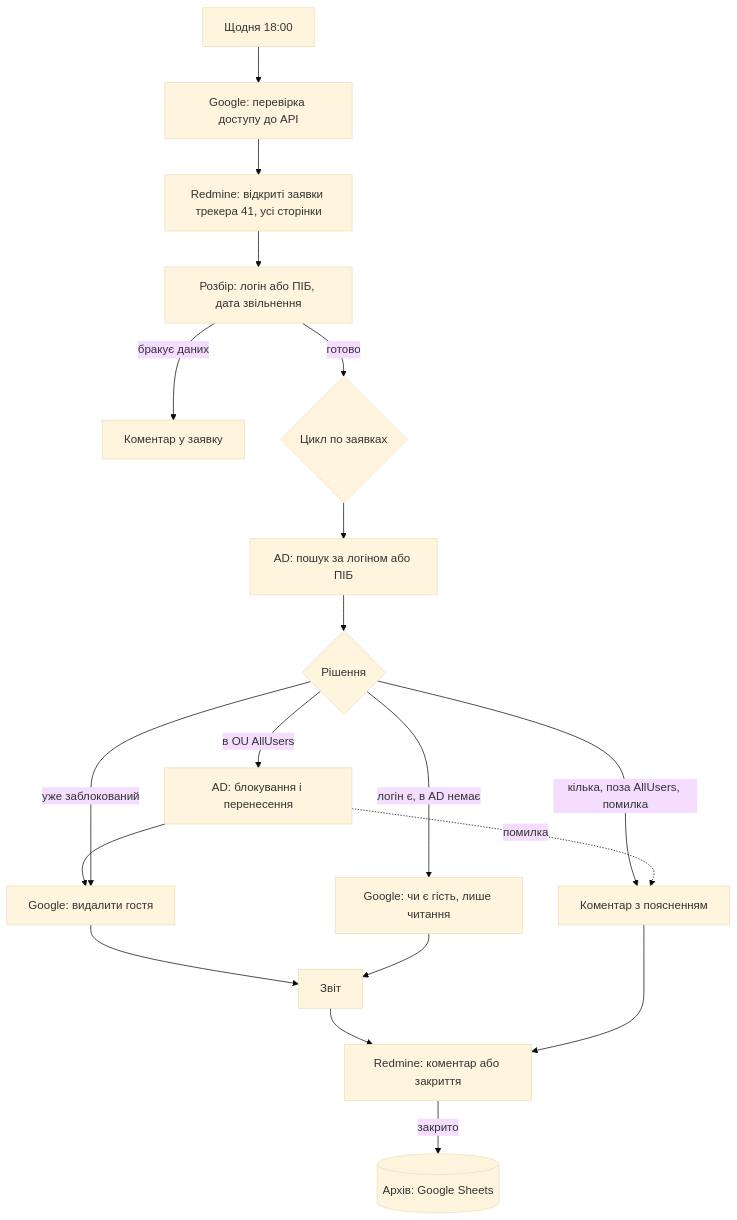
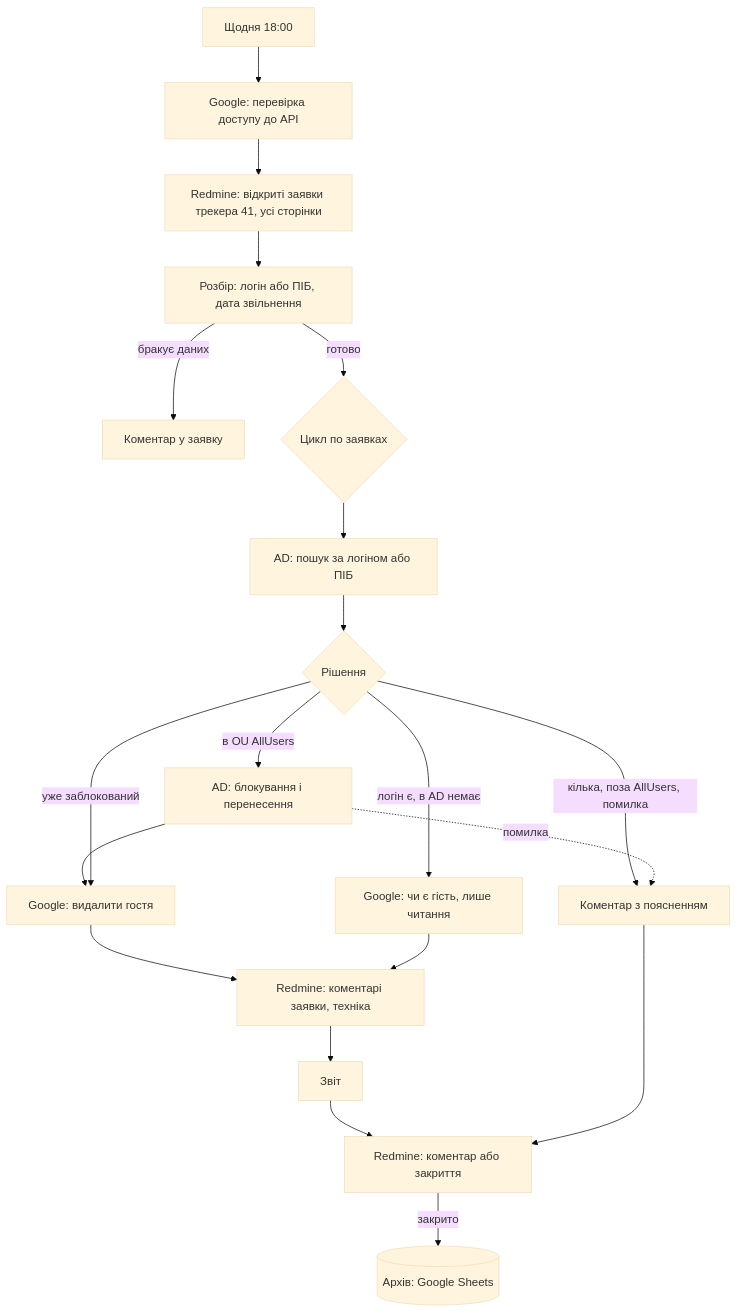
Before and after one commit to IlyaRumasov/staff-offboarding-automation: the first of 3 diagrams in README.md, drawn with Mermaid (base theme). The commit also changed other lines of this file and 28 other files, not shown here.

First line of the commit message:
Equipment check in GLPI as a separate hourly flow; offboarding reads the equipment comment

````diff
--- a/README.md
+++ b/README.md
@@ -77,20 +82,21 @@
 ```mermaid
 flowchart TD
   T[Щодня 18:00] --> HC[Google: перевірка доступу до API]
   HC --> R[Redmine: відкриті заявки трекера 41, усі сторінки]
   R --> P[Розбір: логін або ПІБ, дата звільнення]
   P -->|бракує даних| C0[Коментар у заявку]
   P -->|готово| L{Цикл по заявках}
   L --> S[AD: пошук за логіном або ПІБ]
   S --> D{Рішення}
   D -->|в OU AllUsers| X[AD: блокування і перенесення] --> G[Google: видалити гостя]
   D -->|уже заблокований| G
   D -->|логін є, в AD немає| Q[Google: чи є гість, лише читання]
   D -->|кілька, поза AllUsers, помилка| N[Коментар з поясненням]
   X -.->|помилка| N
-  G --> REP[Звіт]
-  Q --> REP
+  G --> TH[Redmine: коментарі заявки, техніка]
+  Q --> TH
+  TH --> REP[Звіт]
   REP --> U[Redmine: коментар або закриття]
   N --> U
   U -->|закрито| A[(Архів: Google Sheets)]
 ```
````
